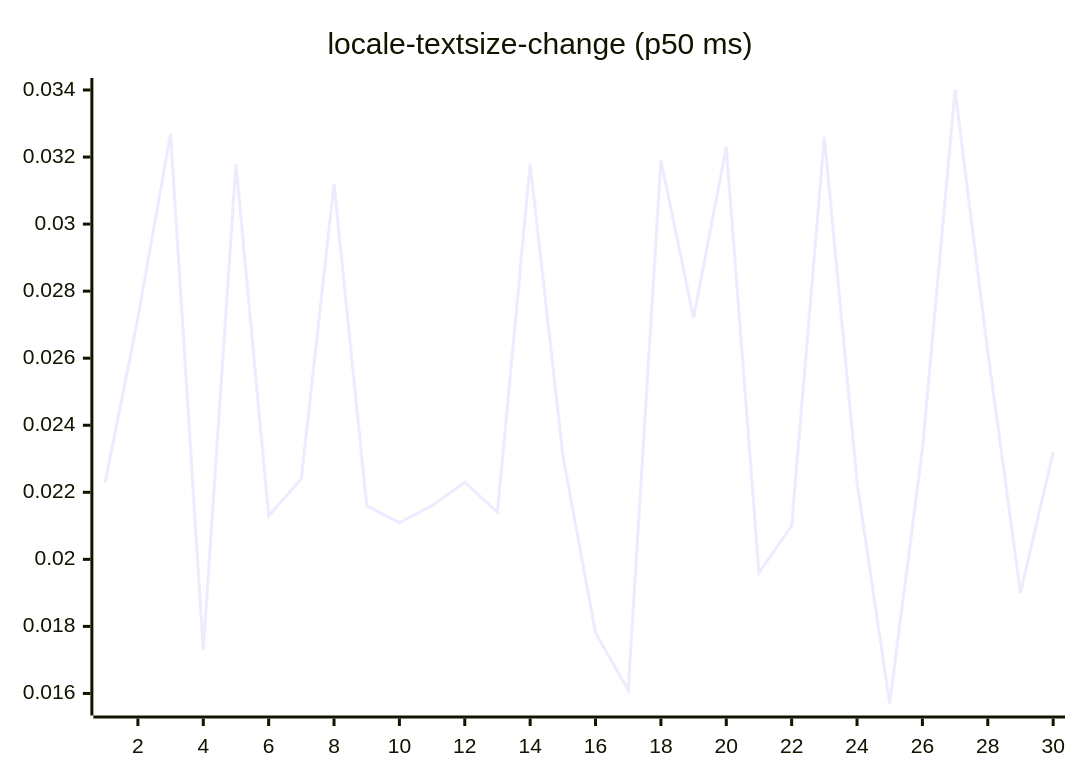
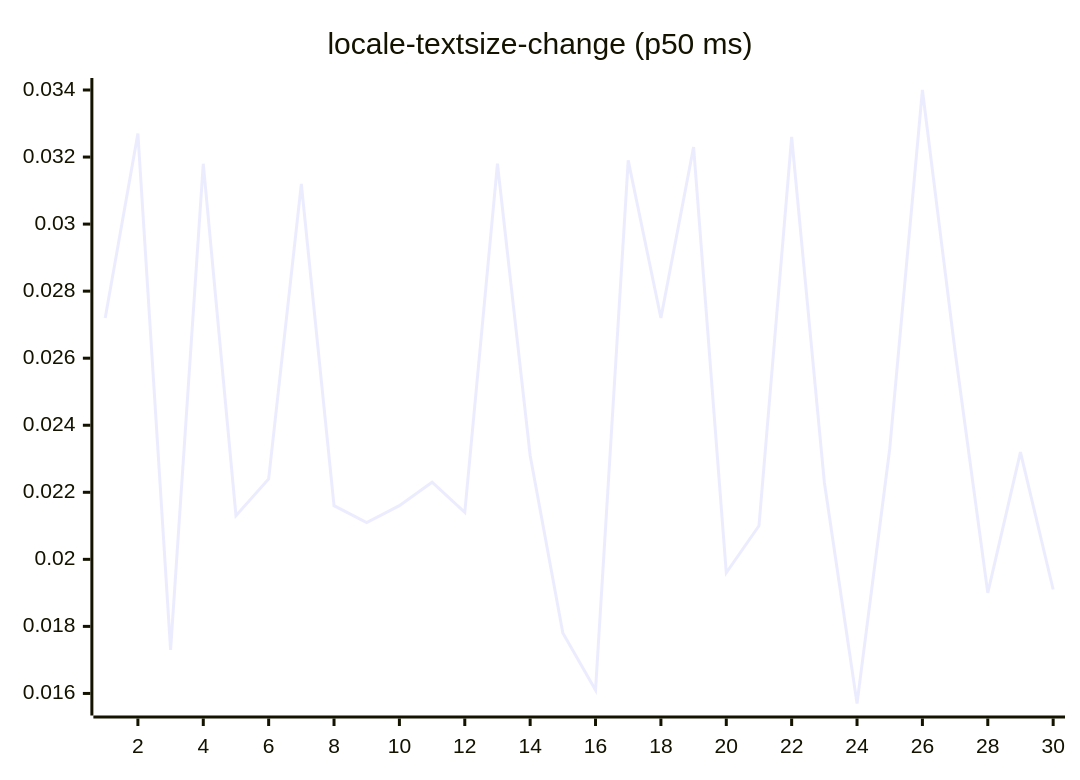
Diagram 13 of 27 in README.md (josha/Facet), drawn with Mermaid before and after one commit. The commit also changed other lines of this file and 2 other files, not shown here.

````diff
--- a/README.md
+++ b/README.md
@@ -147,6 +147,6 @@
 ```mermaid
 xychart-beta
     title "locale-textsize-change (p50 ms)"
     x-axis 1 --> 30
-    line [0.0223, 0.0272, 0.0327, 0.0173, 0.0318, 0.0213, 0.0224, 0.0312, 0.0216, 0.0211, 0.0216, 0.0223, 0.0214, 0.0318, 0.0231, 0.0178, 0.0161, 0.0319, 0.0272, 0.0323, 0.0196, 0.0210, 0.0326, 0.0223, 0.0157, 0.0233, 0.0340, 0.0262, 0.0190, 0.0232]
+    line [0.0272, 0.0327, 0.0173, 0.0318, 0.0213, 0.0224, 0.0312, 0.0216, 0.0211, 0.0216, 0.0223, 0.0214, 0.0318, 0.0231, 0.0178, 0.0161, 0.0319, 0.0272, 0.0323, 0.0196, 0.0210, 0.0326, 0.0223, 0.0157, 0.0233, 0.0340, 0.0262, 0.0190, 0.0232, 0.0191]
 ```
````
